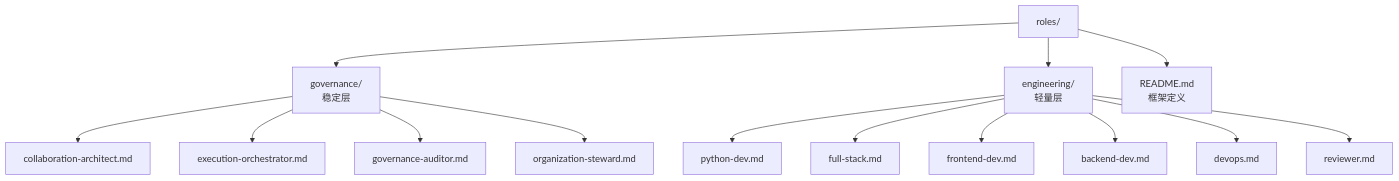
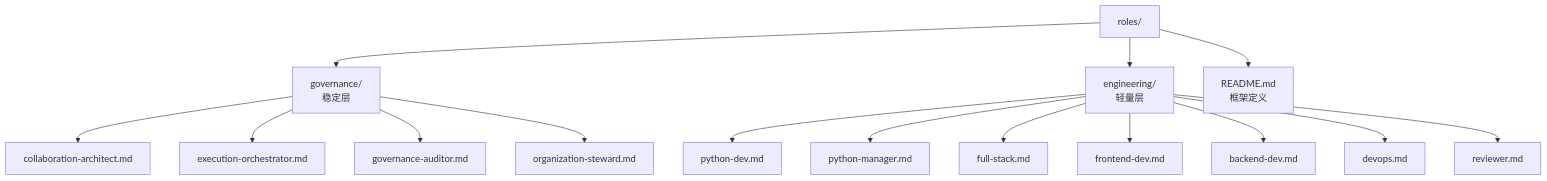
Before and after one commit to xinetzone/tao: the diagram in apps/chaos/.agents/roles/README.md, drawn with Mermaid. The commit also changed other lines of this file, not shown here.

Commit message:
docs(roles): sync roles README with new role and schema fields
- 在 engineering 视图与角色清单中追加 python-manager.md
- 在 frontmatter 字段表与职责划分段落中补充 constraints 与
  non_goals 字段的语义说明
- 维持 README 与 role.schema.json / validate_roles.py 的事实一致

````diff
--- a/apps/chaos/.agents/roles/README.md
+++ b/apps/chaos/.agents/roles/README.md
@@ -9,18 +9,19 @@
 ```mermaid
 flowchart TB
     R["roles/"] --> G["governance/<br/>稳定层"]
     R --> E["engineering/<br/>轻量层"]
     R --> RM["README.md<br/>框架定义"]
 
     G --> G1["collaboration-architect.md"]
     G --> G2["execution-orchestrator.md"]
     G --> G3["governance-auditor.md"]
     G --> G4["organization-steward.md"]
 
     E --> E1["python-dev.md"]
-    E --> E2["full-stack.md"]
-    E --> E3["frontend-dev.md"]
-    E --> E4["backend-dev.md"]
-    E --> E5["devops.md"]
-    E --> E6["reviewer.md"]
+    E --> E2["python-manager.md"]
+    E --> E3["full-stack.md"]
+    E --> E4["frontend-dev.md"]
+    E --> E5["backend-dev.md"]
+    E --> E6["devops.md"]
+    E --> E7["reviewer.md"]
 ```
````
